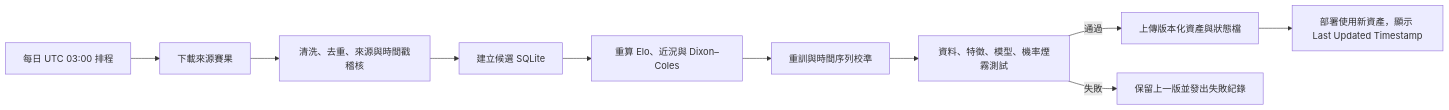
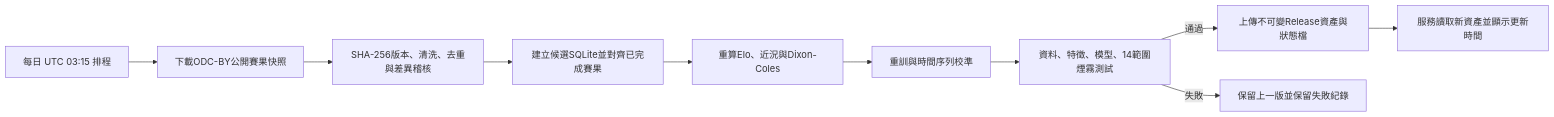
The diagram in docs/DATA_PIPELINE_AUTOMATION.md (zendog968-ai/football-prediction-app), drawn with Mermaid before and after one commit. The commit also changed other lines of this file and 6 other files, not shown here.

````diff
--- a/docs/DATA_PIPELINE_AUTOMATION.md
+++ b/docs/DATA_PIPELINE_AUTOMATION.md
@@ -13,12 +15,12 @@
 ```mermaid
 flowchart LR
-  A[每日 UTC 03:00 排程] --> B[下載來源賽果]
-  B --> C[清洗、去重、來源與時間戳稽核]
-  C --> D[建立候選 SQLite]
-  D --> E[重算 Elo、近況與 Dixon–Coles]
+  A[每日 UTC 03:15 排程] --> B[下載ODC-BY公開賽果快照]
+  B --> C[SHA-256版本、清洗、去重與差異稽核]
+  C --> D[建立候選SQLite並對齊已完成賽果]
+  D --> E[重算Elo、近況與Dixon-Coles]
   E --> F[重訓與時間序列校準]
-  F --> G[資料、特徵、模型、機率煙霧測試]
-  G -->|通過| H[上傳版本化資產與狀態檔]
-  G -->|失敗| I[保留上一版並發出失敗紀錄]
-  H --> J[部署使用新資產，顯示 Last Updated Timestamp]
+  F --> G[資料、特徵、模型、14範圍煙霧測試]
+  G -->|通過| H[上傳不可變Release資產與狀態檔]
+  G -->|失敗| I[保留上一版並保留失敗紀錄]
+  H --> J[服務讀取新資產並顯示更新時間]
 ```
````
